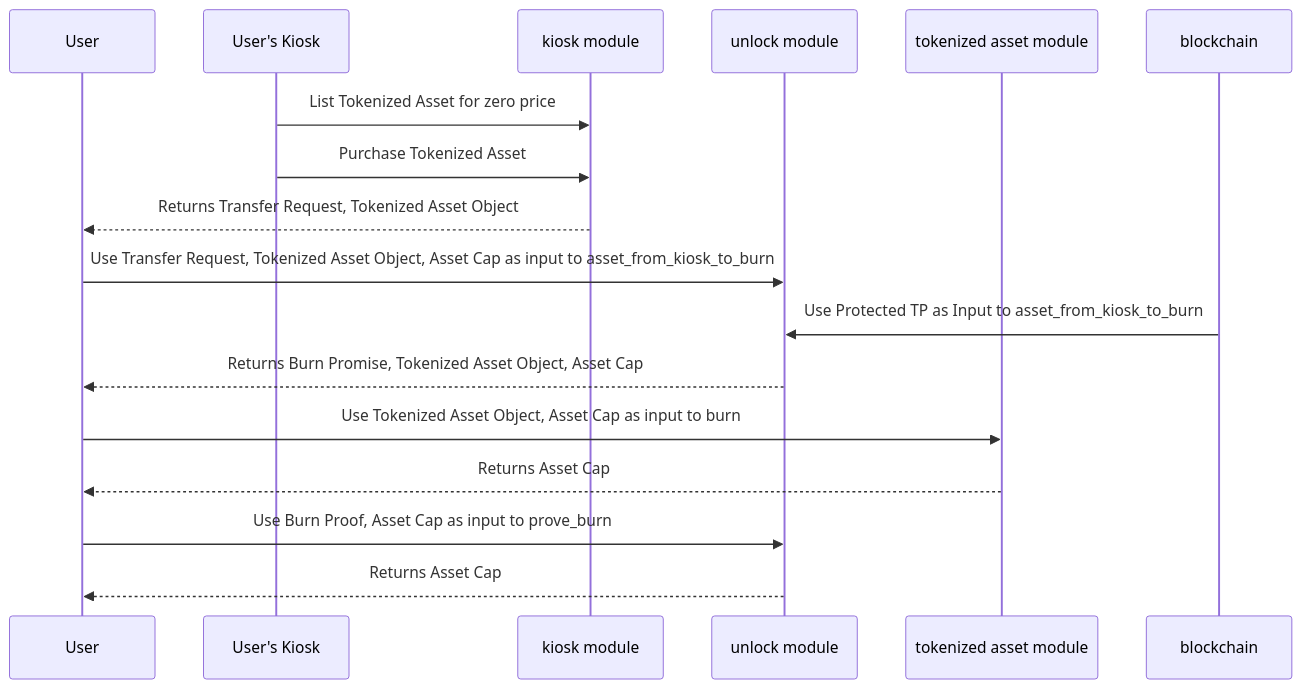
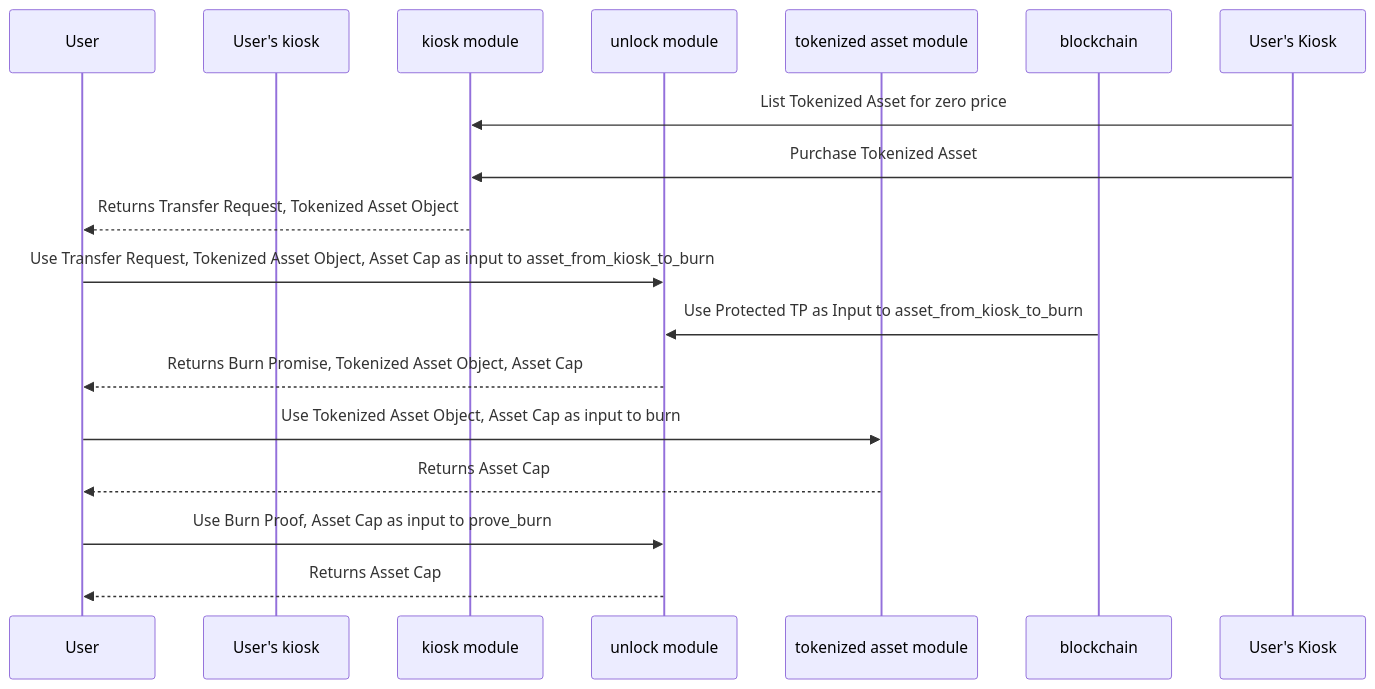
One commit to iotaledger/iota changed the third of 3 diagrams in docs/content/developer/advanced/asset-tokenization.mdx. Above: the diagram before and after it, drawn with Mermaid. The commit also changed other lines of this file and 4 other files, not shown here.

````diff
--- a/docs/content/developer/advanced/asset-tokenization.mdx
+++ b/docs/content/developer/advanced/asset-tokenization.mdx
@@ -533,20 +536,20 @@
 ```mermaid
 sequenceDiagram
     participant User
-    participant User's Kiosk
+    participant User's kiosk
     participant kiosk module
     participant unlock module
     participant tokenized asset module
     participant blockchain
-    
+
 User's Kiosk->>kiosk module: List Tokenized Asset for zero price
 User's Kiosk->>kiosk module: Purchase Tokenized Asset
 kiosk module-->>User: Returns Transfer Request, Tokenized Asset Object
 User->>unlock module: Use Transfer Request, Tokenized Asset Object, Asset Cap as input to asset_from_kiosk_to_burn
 blockchain->>unlock module: Use Protected TP as Input to asset_from_kiosk_to_burn
 unlock module-->>User: Returns Burn Promise, Tokenized Asset Object, Asset Cap
 User->>tokenized asset module: Use Tokenized Asset Object, Asset Cap as input to burn
 tokenized asset module-->>User: Returns Asset Cap
 User->>unlock module: Use Burn Proof, Asset Cap as input to prove_burn
 unlock module-->>User: Returns Asset Cap
 ```
````
